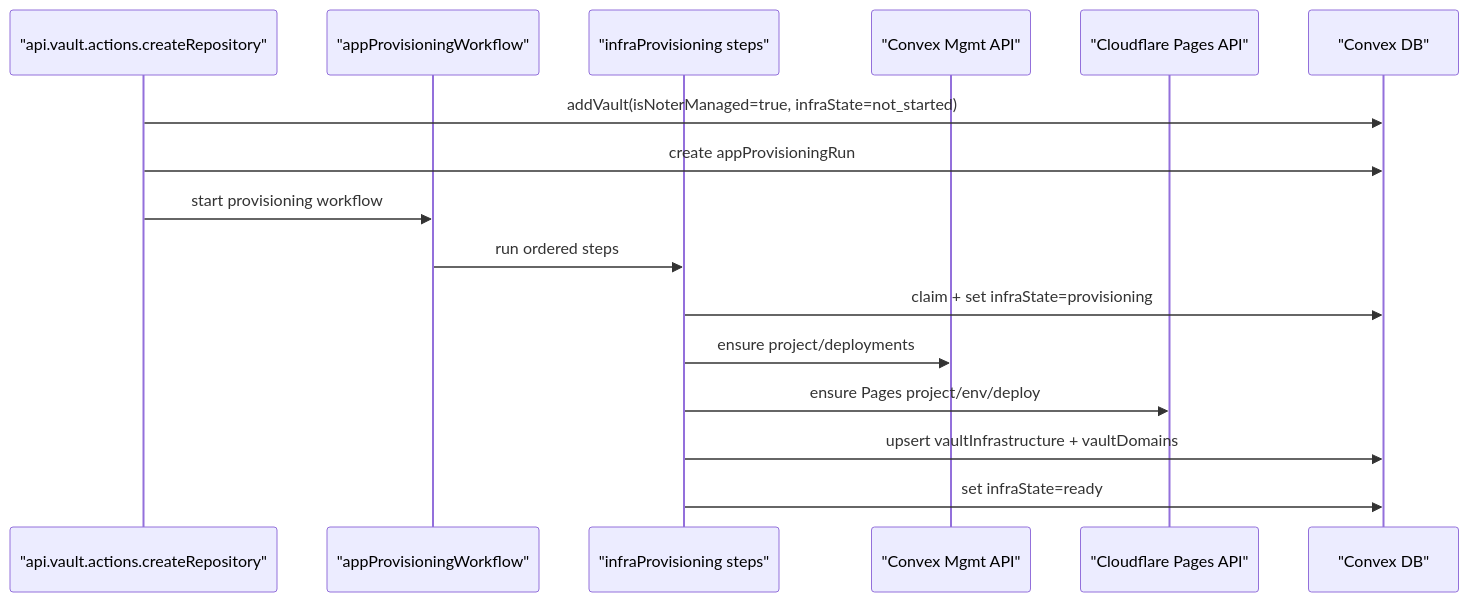
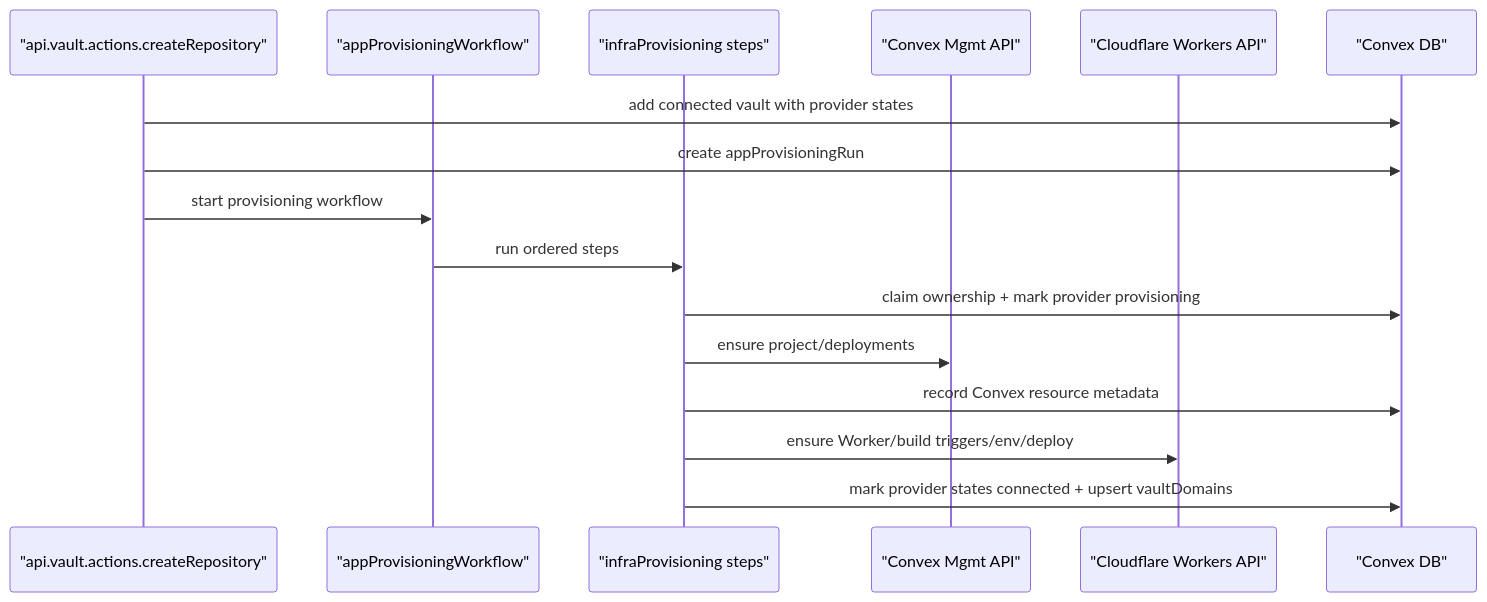
One commit to samebase/samebase changed the diagram in specs/003_VAULT_INFRA_PROVISIONING_SPEC.md. Above: the diagram before and after it, drawn with Mermaid. The commit also changed other lines of this file and 8 other files, not shown here.

````diff
--- a/specs/003_VAULT_INFRA_PROVISIONING_SPEC.md
+++ b/specs/003_VAULT_INFRA_PROVISIONING_SPEC.md
@@ -141,19 +137,19 @@
 ```mermaid
 sequenceDiagram
   participant VA as "api.vault.actions.createRepository"
   participant WF as "appProvisioningWorkflow"
   participant IP as "infraProvisioning steps"
   participant CVX as "Convex Mgmt API"
-  participant CFL as "Cloudflare Pages API"
+  participant CFL as "Cloudflare Workers API"
   participant DB as "Convex DB"
 
-  VA->>DB: addVault(isNoterManaged=true, infraState=not_started)
+  VA->>DB: add connected vault with provider states
   VA->>DB: create appProvisioningRun
   VA->>WF: start provisioning workflow
   WF->>IP: run ordered steps
-  IP->>DB: claim + set infraState=provisioning
+  IP->>DB: claim ownership + mark provider provisioning
   IP->>CVX: ensure project/deployments
-  IP->>CFL: ensure Pages project/env/deploy
-  IP->>DB: upsert vaultInfrastructure + vaultDomains
-  IP->>DB: set infraState=ready
+  IP->>DB: record Convex resource metadata
+  IP->>CFL: ensure Worker/build triggers/env/deploy
+  IP->>DB: mark provider states connected + upsert vaultDomains
 ```
````
